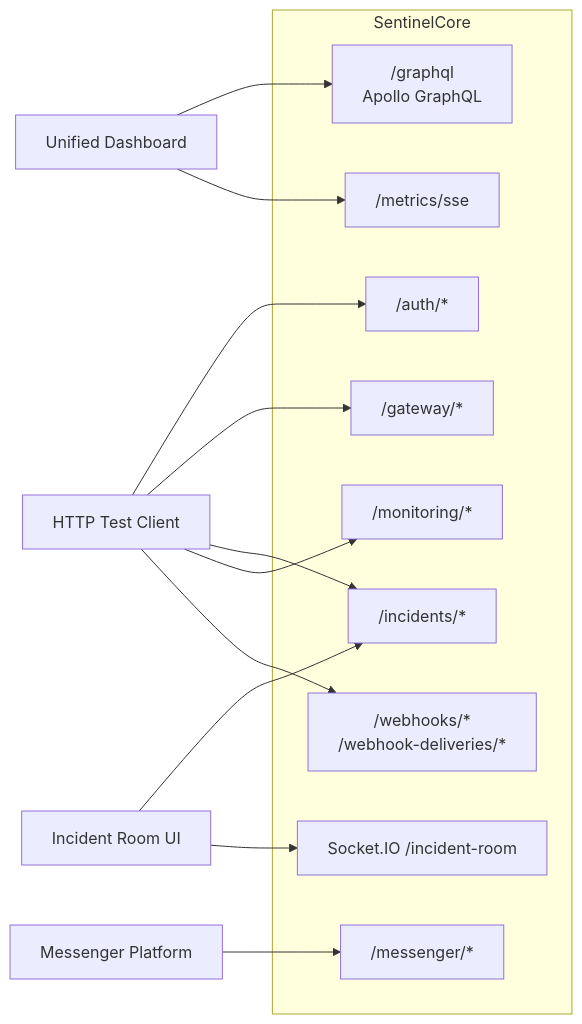
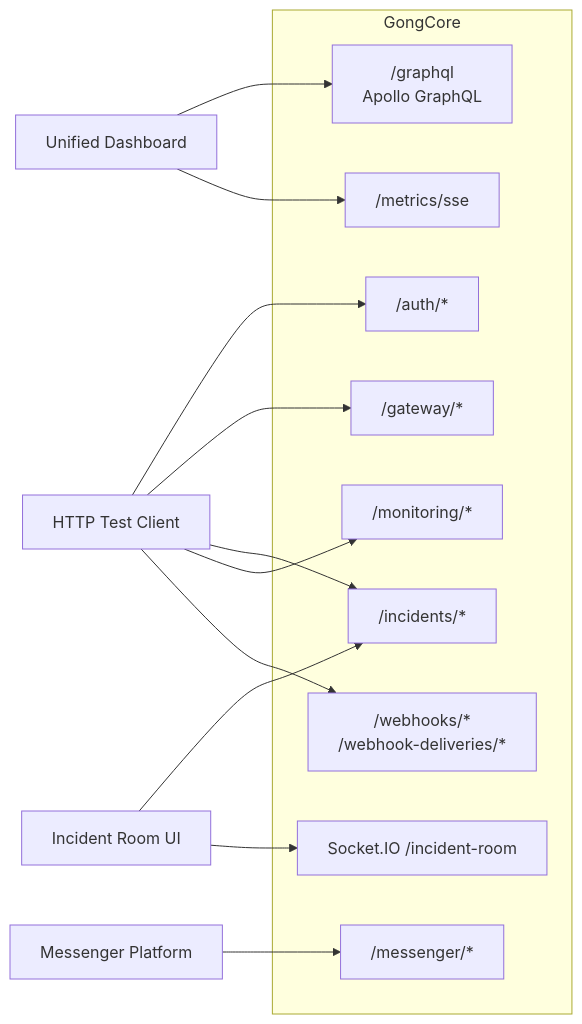
The fifth of 17 diagrams in ARCHITECTUR.md (WEB-TEAM-2526-GL3/Gong-Gateway), drawn with Mermaid before and after one commit. The commit also changed other lines of this file and 17 other files, not shown here.

````diff
--- a/ARCHITECTUR.md
+++ b/ARCHITECTUR.md
@@ -213,30 +213,30 @@
 ```mermaid
 flowchart LR
   Frontend[Unified Dashboard]
   IncidentUI[Incident Room UI]
   Meta[Messenger Platform]
   TestClient[HTTP Test Client]
 
-  subgraph SentinelCore
+  subgraph GongCore
     GraphQL["/graphql\nApollo GraphQL"]
     AuthRest["/auth/*"]
     GatewayRest["/gateway/*"]
     IncidentRest["/incidents/*"]
     MonitoringRest["/monitoring/*"]
     MetricsSSE["/metrics/sse"]
     WebhookRest["/webhooks/*\n/webhook-deliveries/*"]
     MessengerRest["/messenger/*"]
     IncidentWS["Socket.IO /incident-room"]
   end
 
   Frontend --> GraphQL
   Frontend --> MetricsSSE
   IncidentUI --> IncidentRest
   IncidentUI --> IncidentWS
   Meta --> MessengerRest
   TestClient --> AuthRest
   TestClient --> GatewayRest
   TestClient --> IncidentRest
   TestClient --> MonitoringRest
   TestClient --> WebhookRest
 ```
````
